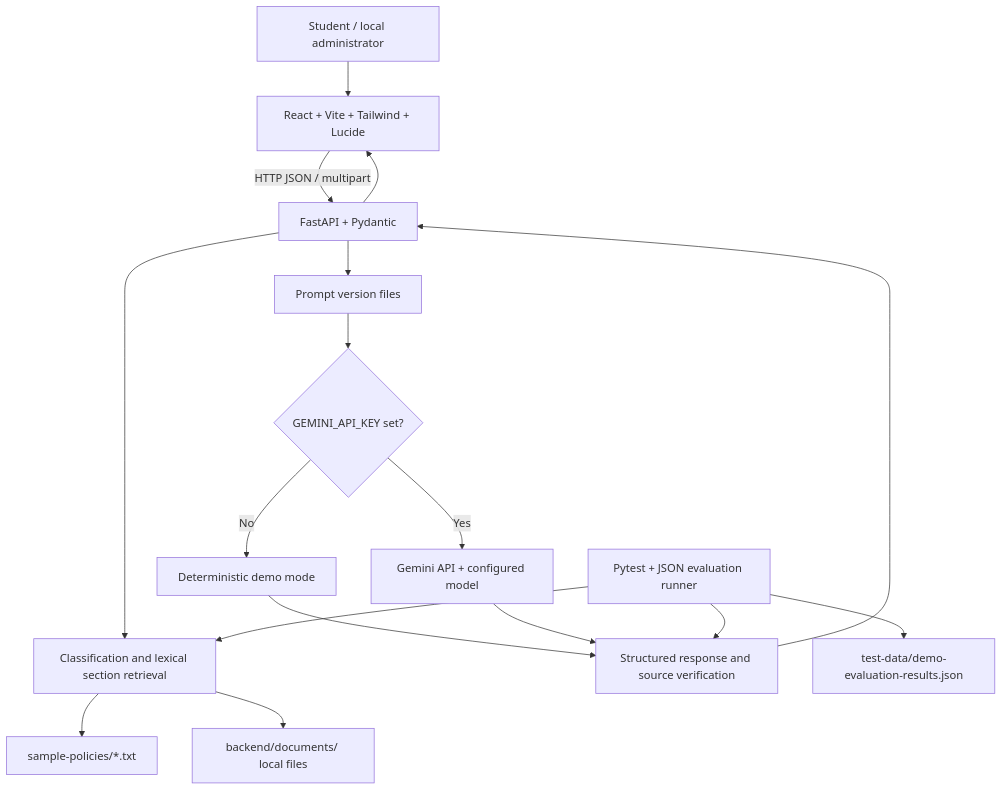
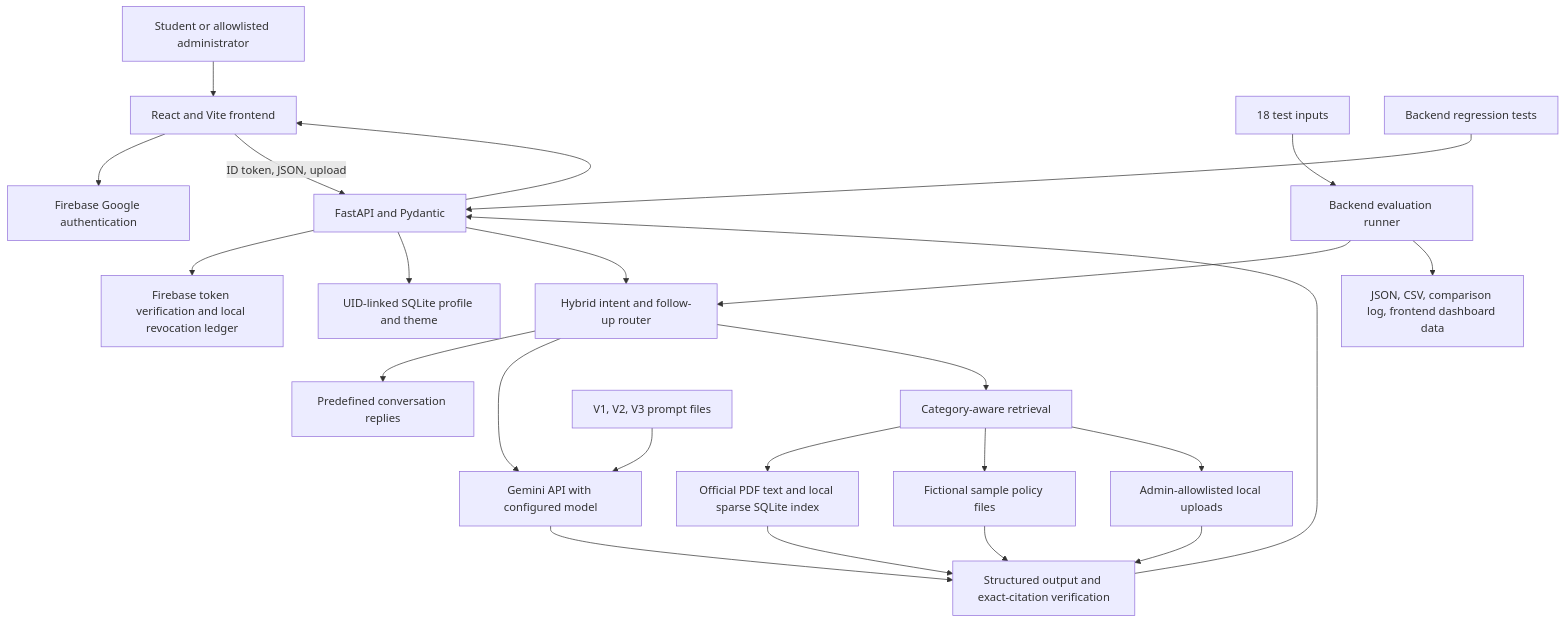
The diagram in docs/diagrams/system-architecture.mmd (Codewth/prompt_campusAnswer), drawn with Mermaid before and after one commit. The commit also changed 52 other files, not shown here.

```diff
--- a/docs/diagrams/system-architecture.mmd
+++ b/docs/diagrams/system-architecture.mmd
@@ -1,17 +1,24 @@
 flowchart TB
-    Student[Student / local administrator] --> Browser[React + Vite + Tailwind + Lucide]
-    Browser -->|HTTP JSON / multipart| API[FastAPI + Pydantic]
-    API --> Retriever[Classification and lexical section retrieval]
-    Retriever --> Samples[sample-policies/*.txt]
-    Retriever --> Uploads[backend/documents/ local files]
-    API --> Prompt[Prompt version files]
-    Prompt --> Decision{GEMINI_API_KEY set?}
-    Decision -->|No| Demo[Deterministic demo mode]
-    Decision -->|Yes| Gemini[Gemini API + configured model]
-    Demo --> Verify[Structured response and source verification]
-    Gemini --> Verify
+    Student[Student or allowlisted administrator] --> Web[React and Vite frontend]
+    Web --> Firebase[Firebase Google authentication]
+    Web -->|ID token, JSON, upload| API[FastAPI and Pydantic]
+    API --> Auth[Firebase token verification and local revocation ledger]
+    API --> Profile[UID-linked SQLite profile and theme]
+    API --> Router[Hybrid intent and follow-up router]
+    Router --> Greeting[Predefined conversation replies]
+    Router --> Gemini[Gemini API with configured model]
+    Router --> Retriever[Category-aware retrieval]
+    Retriever --> Official[Official PDF text and local sparse SQLite index]
+    Retriever --> Samples[Fictional sample policy files]
+    Retriever --> Uploads[Admin-allowlisted local uploads]
+    Gemini --> Verify[Structured output and exact-citation verification]
+    Official --> Verify
+    Samples --> Verify
+    Uploads --> Verify
     Verify --> API
-    API --> Browser
-    Tests[Pytest + JSON evaluation runner] --> Retriever
-    Tests --> Verify
-    Tests --> Results[test-data/demo-evaluation-results.json]
+    API --> Web
+    Prompts[V1, V2, V3 prompt files] --> Gemini
+    Cases[18 test inputs] --> Runner[Backend evaluation runner]
+    Runner --> Router
+    Runner --> Exports[JSON, CSV, comparison log, frontend dashboard data]
+    Pytest[Backend regression tests] --> API
```
